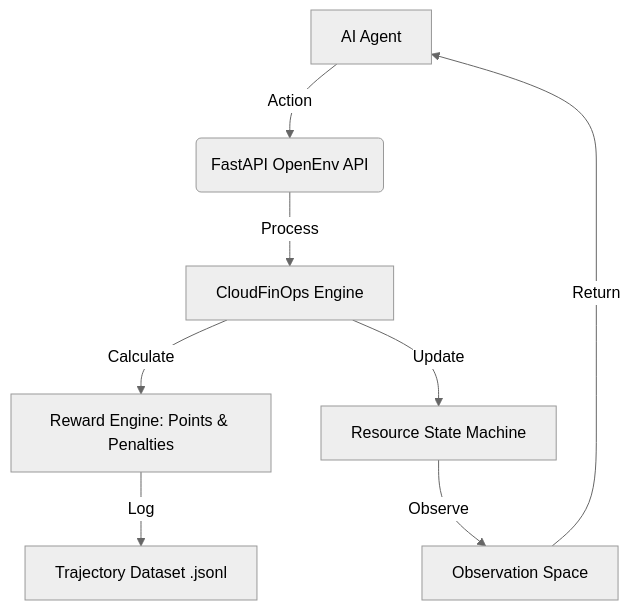
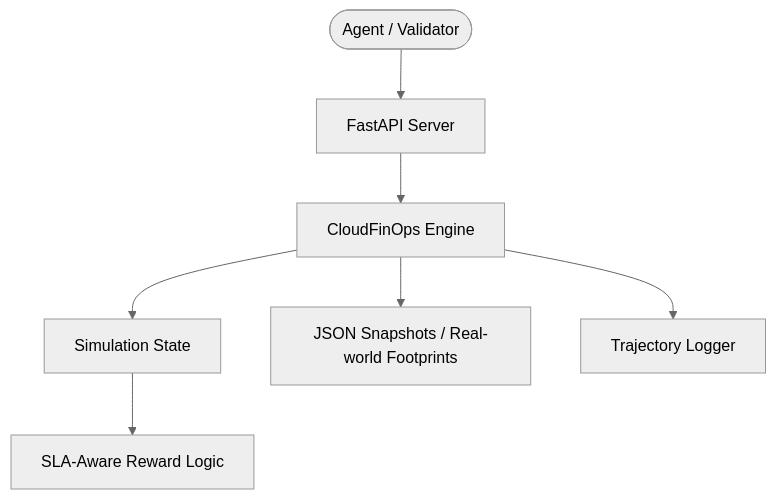
The diagram in README.md (steveharryy/cloudfinops-env), drawn with Mermaid (neutral theme) before and after one commit. The commit also changed other lines of this file and 3 other files, not shown here.

````diff
--- a/README.md
+++ b/README.md
@@ -28,10 +14,9 @@
 ```mermaid
 graph TD
-    A[AI Agent] -->|Action| B(FastAPI OpenEnv API)
-    B -->|Process| C[CloudFinOps Engine]
-    C -->|Calculate| D[Reward Engine: Points & Penalties]
-    C -->|Update| E[Resource State Machine]
-    D -->|Log| F[Trajectory Dataset .jsonl]
-    E -->|Observe| G[Observation Space]
-    G -->|Return| A
+    User([Agent / Validator]) --> API[FastAPI Server]
+    API --> Env[CloudFinOps Engine]
+    Env --> State[Simulation State]
+    State --> Logic[SLA-Aware Reward Logic]
+    Env --> Data[JSON Snapshots / Real-world Footprints]
+    Env --> Logger[Trajectory Logger]
 ```
````
